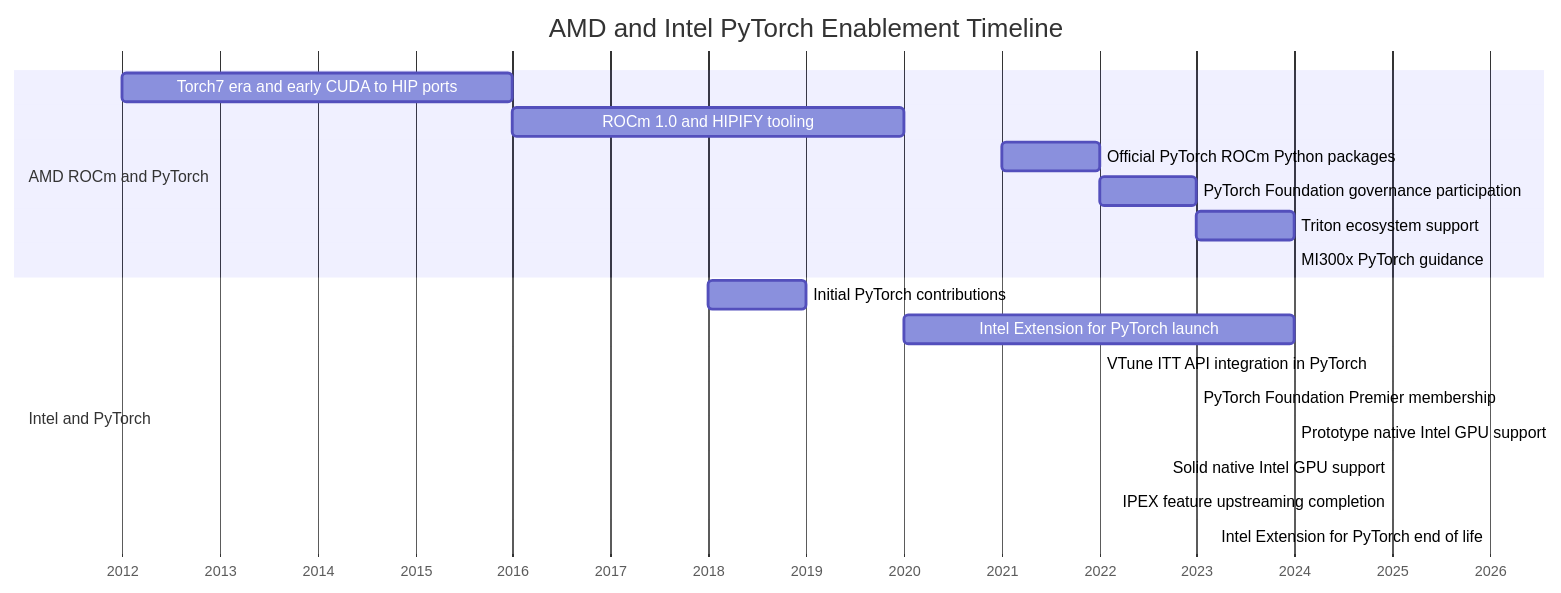
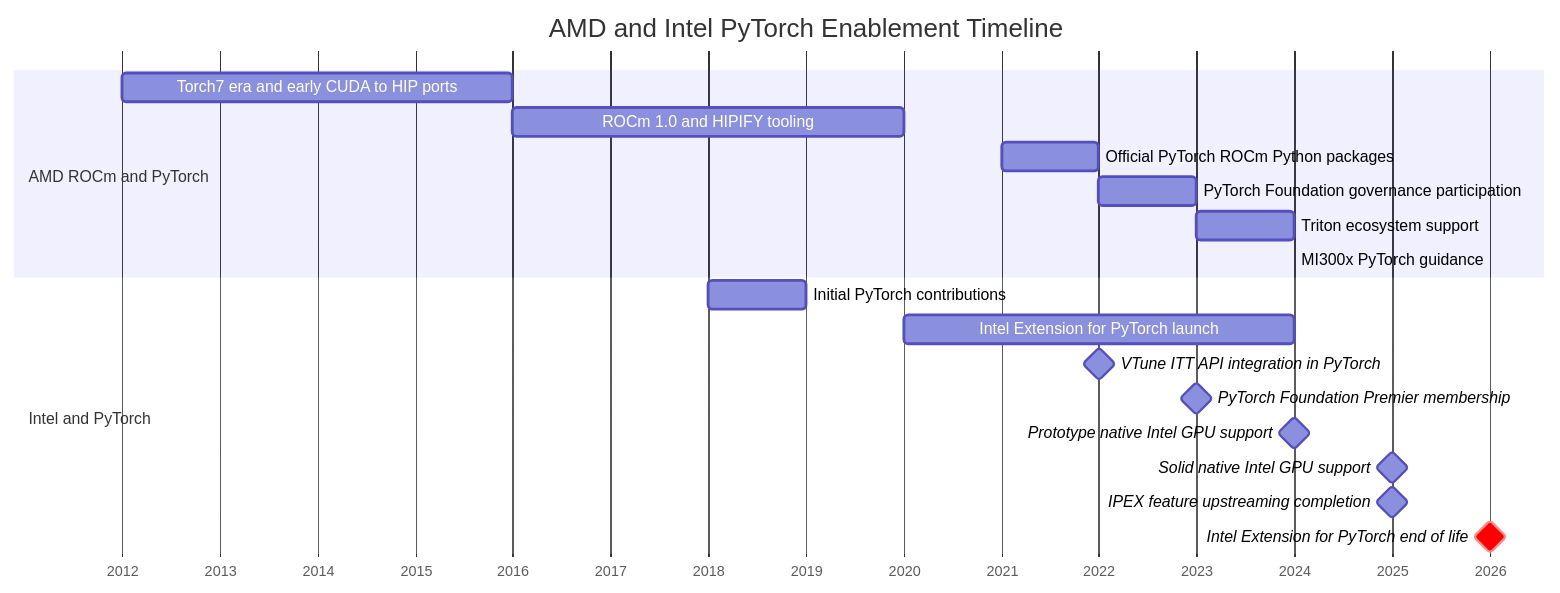
The first of 2 diagrams in web/src/pages/posts/2026/01/10/index.mdx (saforem2/sam.onl), drawn with Mermaid before and after one commit. The commit also changed other lines of this file and 30 other files, not shown here.

````diff
--- a/web/src/pages/posts/2026/01/10/index.mdx
+++ b/web/src/pages/posts/2026/01/10/index.mdx
@@ -19,25 +19,26 @@
 ```mermaid
+%%{init: {'themeCSS': '.titleText{color:var(--foreground1)!important;fill:var(--foreground1)!important;font-size:0.95rem!important;font-weight:700;}.taskText{font-weight:600;font-size:0.74rem!important;}.taskText,.taskTextOutsideLeft,.taskTextOutsideRight,.sectionTitle,.tick text{fill:var(--foreground0)!important;}.taskTextOutsideLeft,.taskTextOutsideRight,.sectionTitle{font-size:0.74rem!important;}.tick text{font-size:0.7rem!important;}.taskTextOutsideRight{text-anchor:start;transform:translateX(0.45ch);}.taskTextOutsideLeft{text-anchor:end;transform:translateX(-0.45ch);}.todayMarker{stroke:var(--red)!important;stroke-width:0.12rem;opacity:0.9;}.grid .tick line{stroke:var(--background3)!important;opacity:0.6;}.section0{fill:color-mix(in oklch,var(--background1) 72%,transparent)!important;}.section1{fill:color-mix(in oklch,var(--blue) 38%,transparent)!important;}.active,.done{fill:color-mix(in srgb,var(--blue) 72%,white 28%)!important;}.crit,.milestone{fill:var(--red)!important;stroke:var(--red)!important;}'}}%%
 gantt
     title AMD and Intel PyTorch Enablement Timeline
     dateFormat  YYYY
     axisFormat  %Y
 
     section AMD ROCm and PyTorch
       Torch7 era and early CUDA to HIP ports        :amd1, 2012, 2016
       ROCm 1.0 and HIPIFY tooling                   :amd2, 2016, 2020
       Official PyTorch ROCm Python packages         :amd3, 2021, 2022
       PyTorch Foundation governance participation   :amd4, 2022, 2023
       Triton ecosystem support                      :amd6, 2023, 2024
       MI300x PyTorch guidance                       :amd7, 2024, 2024
 
     section Intel and PyTorch
       Initial PyTorch contributions                :i2,2018, 2019
       Intel Extension for PyTorch launch           :i3,2020, 2024
-      VTune ITT API integration in PyTorch         :i4,2022, 2022
-      PyTorch Foundation Premier membership        :i5,2023, 2023
-      Prototype native Intel GPU support           :i6,2024, 2024
-      Solid native Intel GPU support               :i7,2025, 2025
-      IPEX feature upstreaming completion          :i8,2025, 2025
-      Intel Extension for PyTorch end of life      :i9,2026, 2026
+      VTune ITT API integration in PyTorch         :milestone, i4, 2022, 1d
+      PyTorch Foundation Premier membership        :milestone, i5, 2023, 1d
+      Prototype native Intel GPU support           :milestone, i6, 2024, 1d
+      Solid native Intel GPU support               :milestone, i7, 2025, 1d
+      IPEX feature upstreaming completion          :milestone, i8, 2025, 1d
+      Intel Extension for PyTorch end of life      :milestone, crit, i9, 2026, 1d
 
 ```
````
